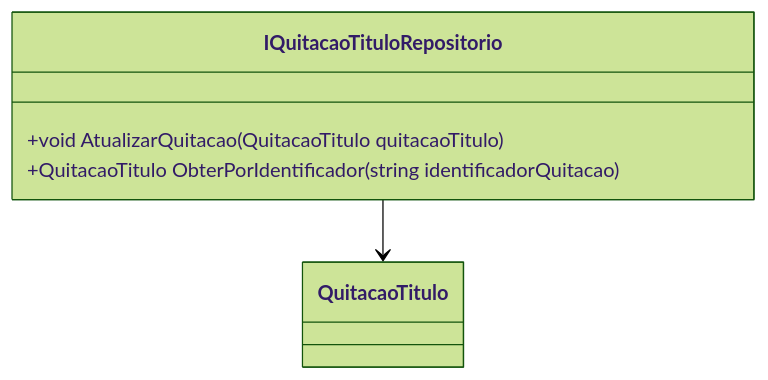
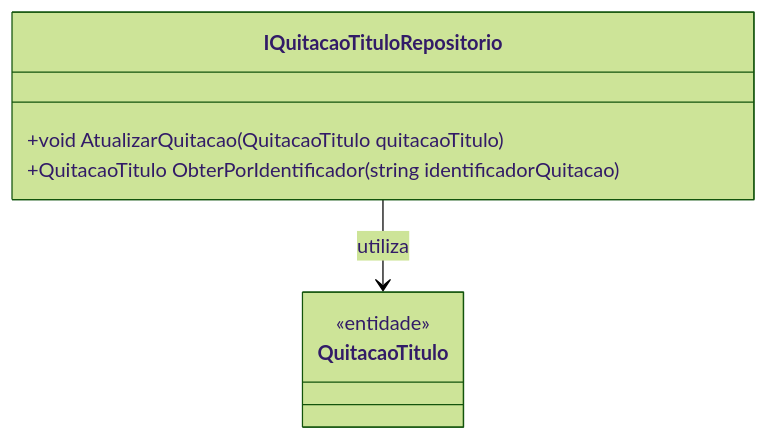
The diagram in docs/b2b-dominio/IsthmusWinthor.Nucleo/IsthmusWinthor.Dominio/Interfaces/IQuitacaoTituloRepositorio.md (IsthmusSistemas/documentacao-tecnica), drawn with Mermaid (forest theme) before and after one commit. The commit also changed other lines of this file and 882 other files, not shown here.

````diff
--- a/docs/b2b-dominio/IsthmusWinthor.Nucleo/IsthmusWinthor.Dominio/Interfaces/IQuitacaoTituloRepositorio.md
+++ b/docs/b2b-dominio/IsthmusWinthor.Nucleo/IsthmusWinthor.Dominio/Interfaces/IQuitacaoTituloRepositorio.md
@@ -39,10 +37,11 @@
 ```mermaid
 classDiagram
     class IQuitacaoTituloRepositorio {
         +void AtualizarQuitacao(QuitacaoTitulo quitacaoTitulo)
         +QuitacaoTitulo ObterPorIdentificador(string identificadorQuitacao)
     }
-    class QuitacaoTitulo
-
-    IQuitacaoTituloRepositorio --> QuitacaoTitulo
-``` 
+    class QuitacaoTitulo {
+      <<entidade>>
+    }
+    IQuitacaoTituloRepositorio --> QuitacaoTitulo : utiliza
+```
````
